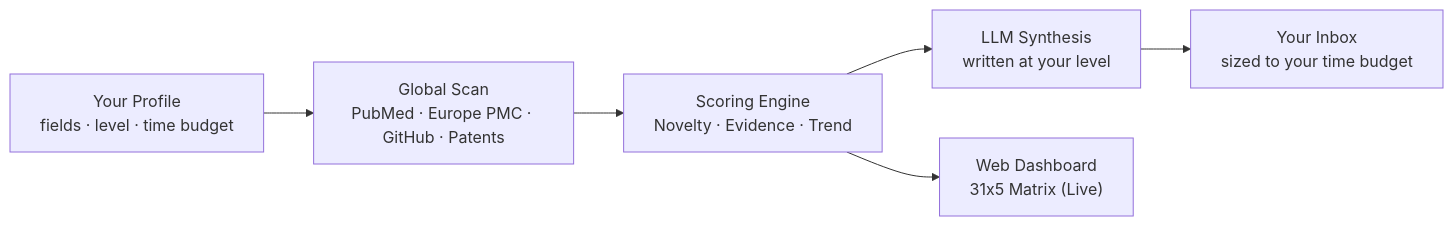
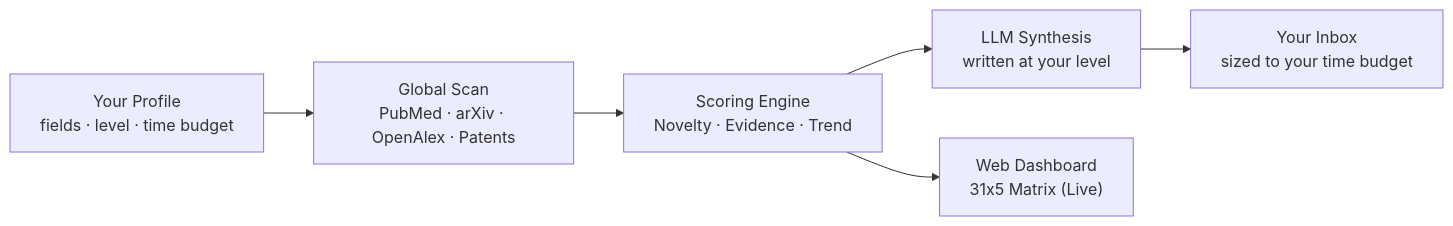
One commit to Noetica-Intelligence/Noetica changed the first of 2 diagrams in README.md. Above: the diagram before and after it, drawn with Mermaid. The commit also changed other lines of this file and 1 other file, not shown here.

Commit message:
docs: restore architecture mermaid diagram and unhide flow diagram

````diff
--- a/README.md
+++ b/README.md
@@ -32,8 +29,8 @@
 ```mermaid
 flowchart LR
-    A["Your Profile<br/>fields · level · time budget"] --> B["Global Scan<br/>PubMed · Europe PMC · GitHub · Patents"]
+    A["Your Profile<br/>fields · level · time budget"] --> B["Global Scan<br/>PubMed · arXiv · OpenAlex · Patents"]
     B --> C["Scoring Engine<br/>Novelty · Evidence · Trend"]
     C --> D["LLM Synthesis<br/>written at your level"]
     D --> E["Your Inbox<br/>sized to your time budget"]
     C --> F["Web Dashboard<br/>31x5 Matrix (Live)"]
 ```
````
